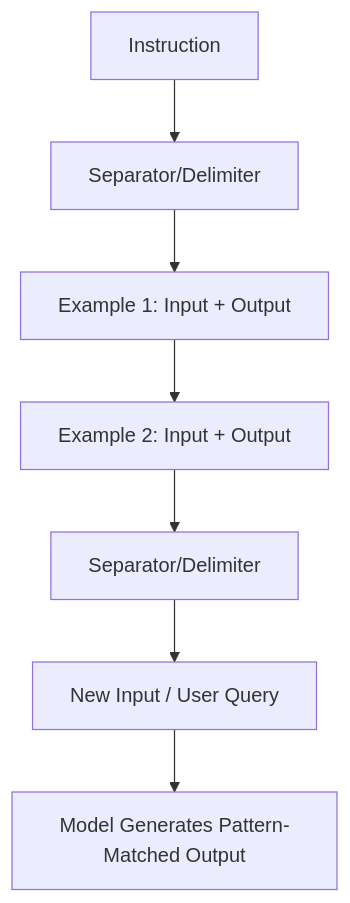
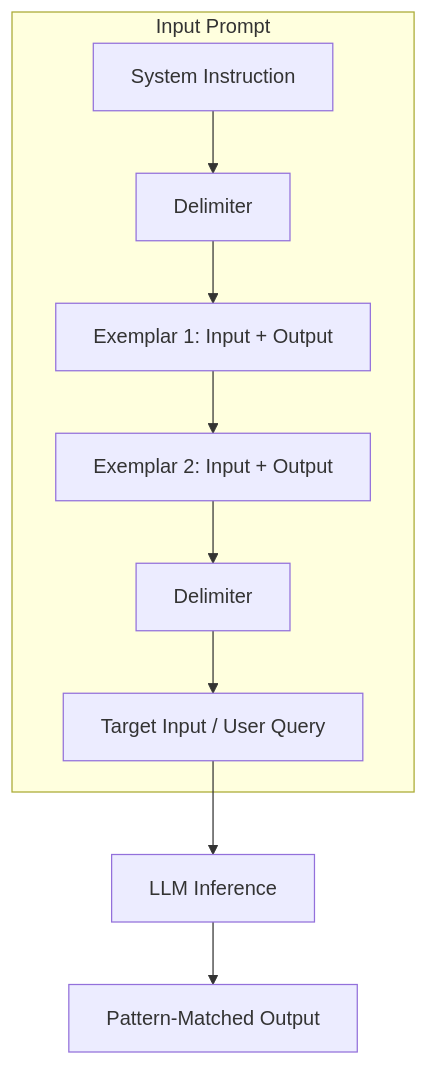
The diagram in docs/industry-terms/few-shot-prompting.md (vaishvanara/techwritingkb), drawn with Mermaid before and after one commit. The commit also changed other lines of this file and 51 other files, not shown here.

````diff
--- a/docs/industry-terms/few-shot-prompting.md
+++ b/docs/industry-terms/few-shot-prompting.md
@@ -38,9 +38,12 @@
 ```mermaid
 graph TD
-    A[Instruction] --> B[Separator/Delimiter]
-    B --> C[Example 1: Input + Output]
-    C --> D[Example 2: Input + Output]
-    D --> E[Separator/Delimiter]
-    E --> F[New Input / User Query]
-    F --> G[Model Generates Pattern-Matched Output]
+    subgraph Input_Prompt [Input Prompt]
+        A[System Instruction] --> B[Delimiter]
+        B --> C[Exemplar 1: Input + Output]
+        C --> D[Exemplar 2: Input + Output]
+        D --> E[Delimiter]
+        E --> F[Target Input / User Query]
+    end
+    F --> G[LLM Inference]
+    G --> H[Pattern-Matched Output]
 ```
````
